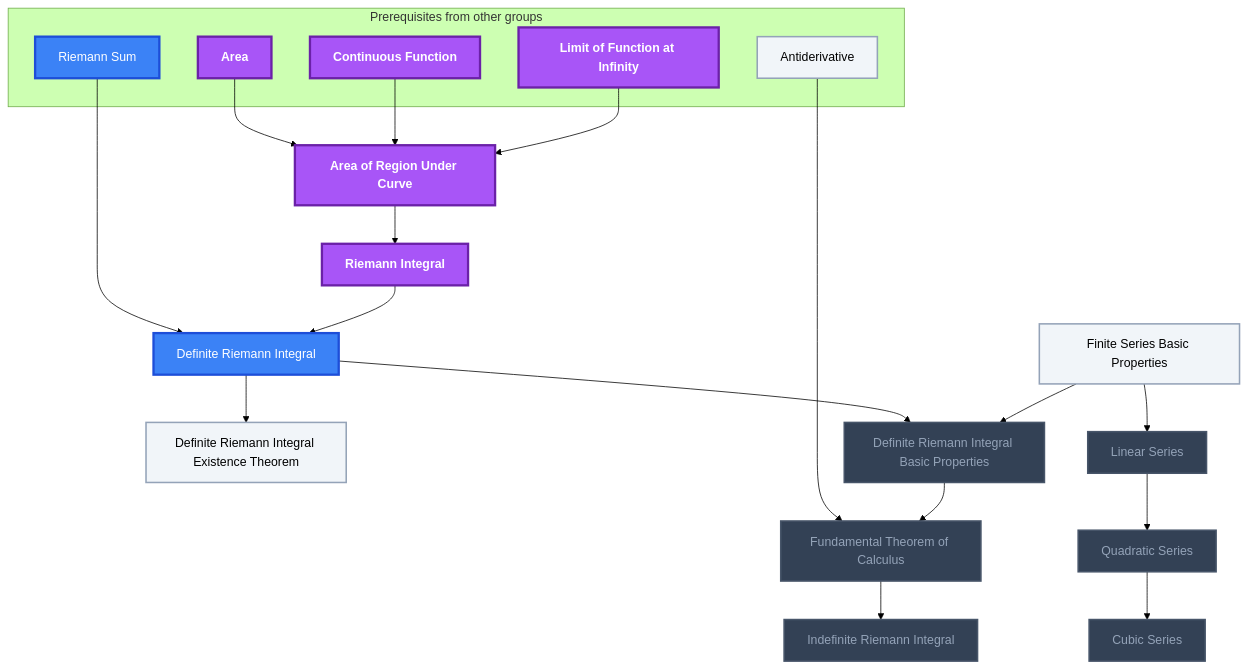
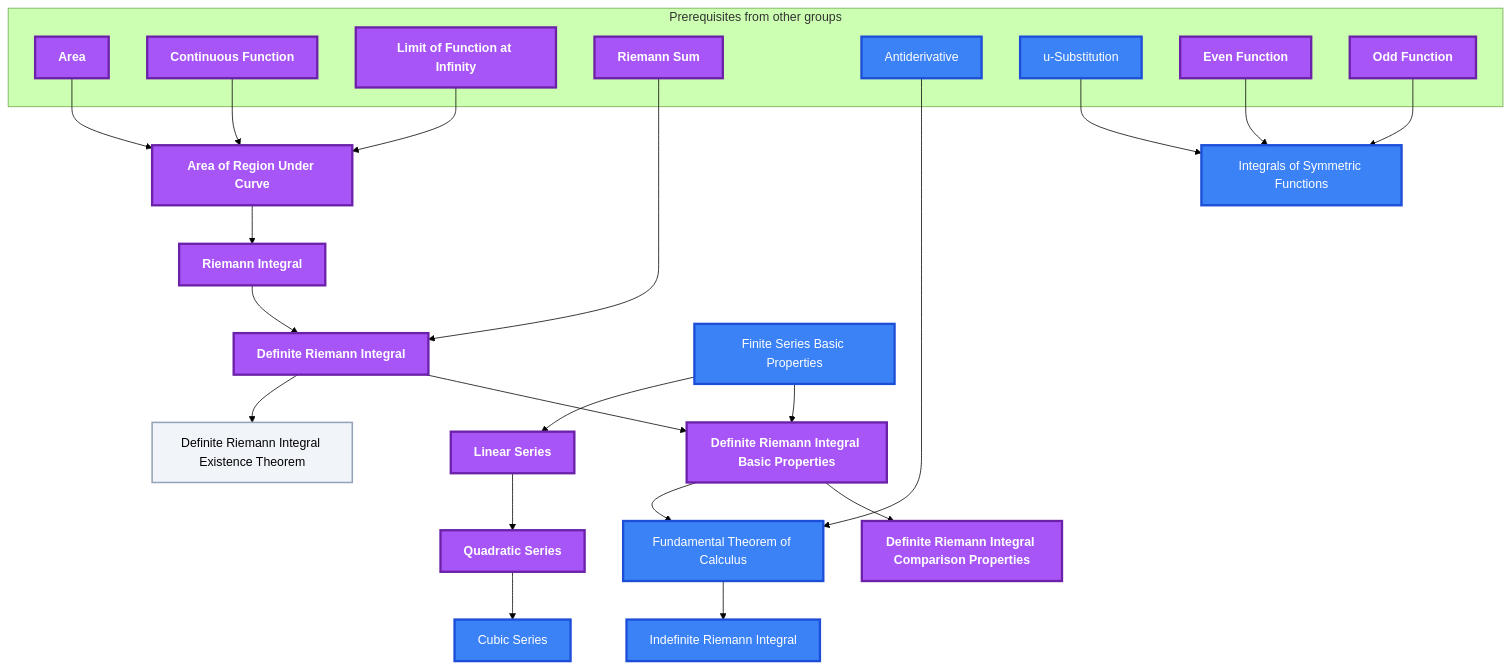
Before and after one commit to MRauf1/My-Notes: the fourth of 13 diagrams in Gamification/Skill Trees/Calculus.md, drawn with Mermaid (forest theme). The commit also changed other lines of this file and 145 other files, not shown here.

````diff
--- a/Gamification/Skill Trees/Calculus.md
+++ b/Gamification/Skill Trees/Calculus.md
@@ -476,50 +500,58 @@
 ```mermaid
 flowchart TD
     classDef planned fill:#1E293B,stroke:#64748B,stroke-width:2px,stroke-dasharray:5 5,color:#94A3B8;
     classDef locked fill:#334155,stroke:#475569,stroke-width:2px,color:#94A3B8;
     classDef L0 fill:#F1F5F9,stroke:#94A3B8,stroke-width:2px,color:#000000;
     classDef L1 fill:#22C55E,stroke:#15803D,stroke-width:2px,color:#000000;
     classDef L2 fill:#3B82F6,stroke:#1D4ED8,stroke-width:3px,color:#FFFFFF;
     classDef L3 fill:#A855F7,stroke:#6B21A8,stroke-width:3px,color:#FFFFFF,font-weight:bold;
     classDef L4 fill:#F97316,stroke:#C2410C,stroke-width:4px,color:#000000,font-weight:bold;
     classDef L5 fill:#FFD700,stroke:#FF8C00,stroke-width:5px,color:#000000,font-weight:bold;
     classDef rusty stroke:#8B4513,stroke-width:4px,stroke-dasharray:3 3;
     subgraph sg_prereqs["Prerequisites from other groups"]
         n_area["Area"]
         n_continuous_function["Continuous Function"]
         n_limit_of_function_at_infinity["Limit of Function at Infinity"]
         n_riemann_sum["Riemann Sum"]
         n_antiderivative["Antiderivative"]
+        n_u_substitution["u-Substitution"]
+        n_even_function["Even Function"]
+        n_odd_function["Odd Function"]
     end
     n_area_of_region_under_curve["Area of Region Under Curve"]
     n_definite_riemann_integral["Definite Riemann Integral"]
     n_riemann_integral["Riemann Integral"]
     n_definite_riemann_integral_existence_theorem["Definite Riemann Integral Existence Theorem"]
     n_quadratic_series["Quadratic Series"]
     n_cubic_series["Cubic Series"]
     n_finite_series_basic_properties["Finite Series Basic Properties"]
     n_linear_series["Linear Series"]
     n_definite_riemann_integral_basic_properties["Definite Riemann Integral Basic Properties"]
     n_fundamental_theorem_of_calculus["Fundamental Theorem of Calculus"]
     n_indefinite_riemann_integral["Indefinite Riemann Integral"]
+    n_definite_riemann_integral_comparison_properties["Definite Riemann Integral Comparison Properties"]
+    n_integrals_of_symmetric_functions["Integrals of Symmetric Functions"]
     n_area --> n_area_of_region_under_curve
     n_continuous_function --> n_area_of_region_under_curve
     n_limit_of_function_at_infinity --> n_area_of_region_under_curve
     n_riemann_sum --> n_definite_riemann_integral
     n_riemann_integral --> n_definite_riemann_integral
     n_area_of_region_under_curve --> n_riemann_integral
     n_definite_riemann_integral --> n_definite_riemann_integral_existence_theorem
     n_linear_series --> n_quadratic_series
     n_quadratic_series --> n_cubic_series
     n_finite_series_basic_properties --> n_linear_series
     n_definite_riemann_integral --> n_definite_riemann_integral_basic_properties
     n_finite_series_basic_properties --> n_definite_riemann_integral_basic_properties
     n_antiderivative --> n_fundamental_theorem_of_calculus
     n_definite_riemann_integral_basic_properties --> n_fundamental_theorem_of_calculus
     n_fundamental_theorem_of_calculus --> n_indefinite_riemann_integral
-    class n_quadratic_series,n_cubic_series,n_linear_series,n_definite_riemann_integral_basic_properties,n_fundamental_theorem_of_calculus,n_indefinite_riemann_integral locked;
-    class n_antiderivative,n_definite_riemann_integral_existence_theorem,n_finite_series_basic_properties L0;
-    class n_riemann_sum,n_definite_riemann_integral L2;
-    class n_area,n_continuous_function,n_limit_of_function_at_infinity,n_area_of_region_under_curve,n_riemann_integral L3;
-    class n_area,n_continuous_function,n_limit_of_function_at_infinity,n_riemann_sum,n_antiderivative,n_area_of_region_under_curve,n_definite_riemann_integral,n_riemann_integral,n_definite_riemann_integral_existence_theorem,n_quadratic_series,n_cubic_series,n_finite_series_basic_properties,n_linear_series,n_definite_riemann_integral_basic_properties,n_fundamental_theorem_of_calculus,n_indefinite_riemann_integral internal-link;
+    n_definite_riemann_integral_basic_properties --> n_definite_riemann_integral_comparison_properties
+    n_u_substitution --> n_integrals_of_symmetric_functions
+    n_even_function --> n_integrals_of_symmetric_functions
+    n_odd_function --> n_integrals_of_symmetric_functions
+    class n_definite_riemann_integral_existence_theorem L0;
+    class n_antiderivative,n_u_substitution,n_cubic_series,n_finite_series_basic_properties,n_fundamental_theorem_of_calculus,n_indefinite_riemann_integral,n_integrals_of_symmetric_functions L2;
+    class n_area,n_continuous_function,n_limit_of_function_at_infinity,n_riemann_sum,n_even_function,n_odd_function,n_area_of_region_under_curve,n_definite_riemann_integral,n_riemann_integral,n_quadratic_series,n_linear_series,n_definite_riemann_integral_basic_properties,n_definite_riemann_integral_comparison_properties L3;
+    class n_area,n_continuous_function,n_limit_of_function_at_infinity,n_riemann_sum,n_antiderivative,n_u_substitution,n_even_function,n_odd_function,n_area_of_region_under_curve,n_definite_riemann_integral,n_riemann_integral,n_definite_riemann_integral_existence_theorem,n_quadratic_series,n_cubic_series,n_finite_series_basic_properties,n_linear_series,n_definite_riemann_integral_basic_properties,n_fundamental_theorem_of_calculus,n_indefinite_riemann_integral,n_definite_riemann_integral_comparison_properties,n_integrals_of_symmetric_functions internal-link;
 ```
````
